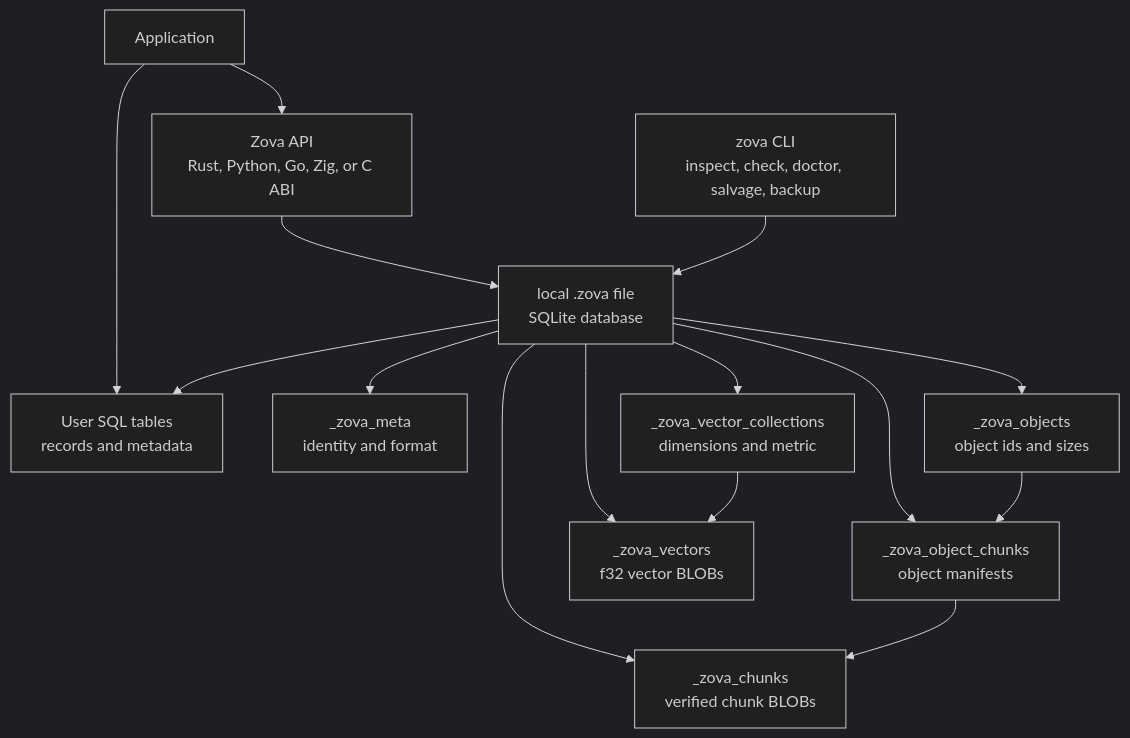
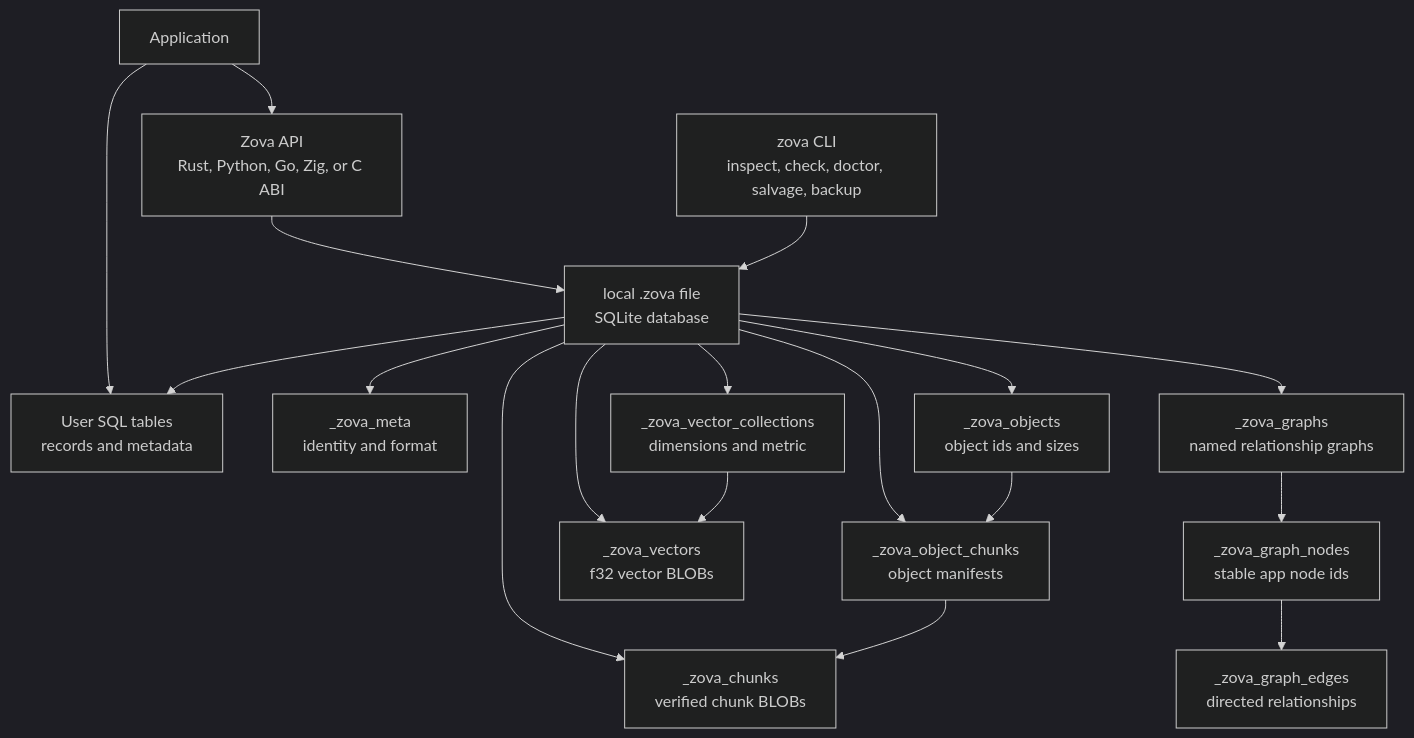
Before and after one commit to ata-sesli/zova: the diagram in README.md, drawn with Mermaid (dark theme). The commit also changed other lines of this file and 37 other files, not shown here.

Commit message:
feat(graph): add graph storage and traversal APIs

````diff
--- a/README.md
+++ b/README.md
@@ -206,29 +212,35 @@
 ```mermaid
 flowchart TD
     App["Application"]
     API["Zova API<br/>Rust, Python, Go, Zig, or C ABI"]
     CLI["zova CLI<br/>inspect, check, doctor, salvage, backup"]
     File["local .zova file<br/>SQLite database"]
     UserSQL["User SQL tables<br/>records and metadata"]
     Meta["_zova_meta<br/>identity and format"]
     Objects["_zova_objects<br/>object ids and sizes"]
     Chunks["_zova_chunks<br/>verified chunk BLOBs"]
     Manifest["_zova_object_chunks<br/>object manifests"]
     VecCols["_zova_vector_collections<br/>dimensions and metric"]
     Vecs["_zova_vectors<br/>f32 vector BLOBs"]
+    Graphs["_zova_graphs<br/>named relationship graphs"]
+    Nodes["_zova_graph_nodes<br/>stable app node ids"]
+    Edges["_zova_graph_edges<br/>directed relationships"]
 
     App --> API
     App --> UserSQL
     API --> File
     CLI --> File
     File --> UserSQL
     File --> Meta
     File --> Objects
     File --> Chunks
     File --> Manifest
     File --> VecCols
     File --> Vecs
+    File --> Graphs
+    Graphs --> Nodes
+    Nodes --> Edges
     Objects --> Manifest
     Manifest --> Chunks
     VecCols --> Vecs
 ```
````
